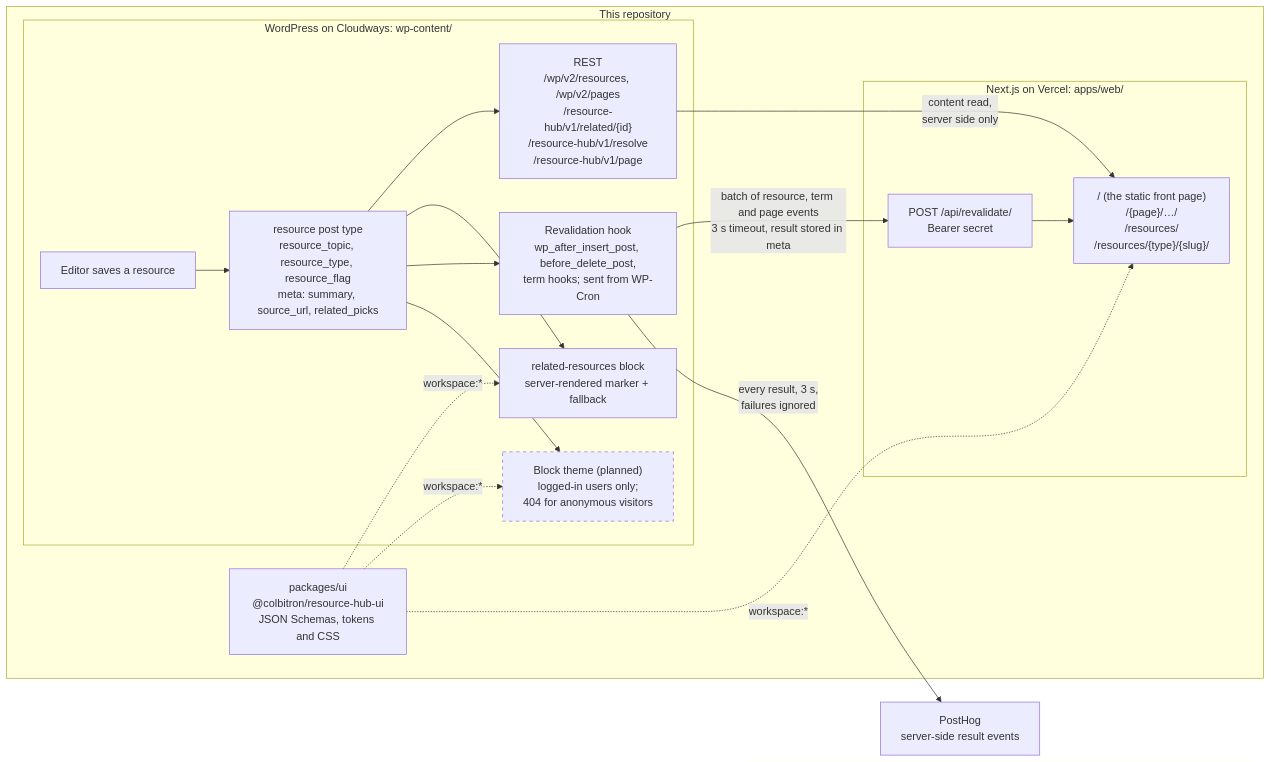
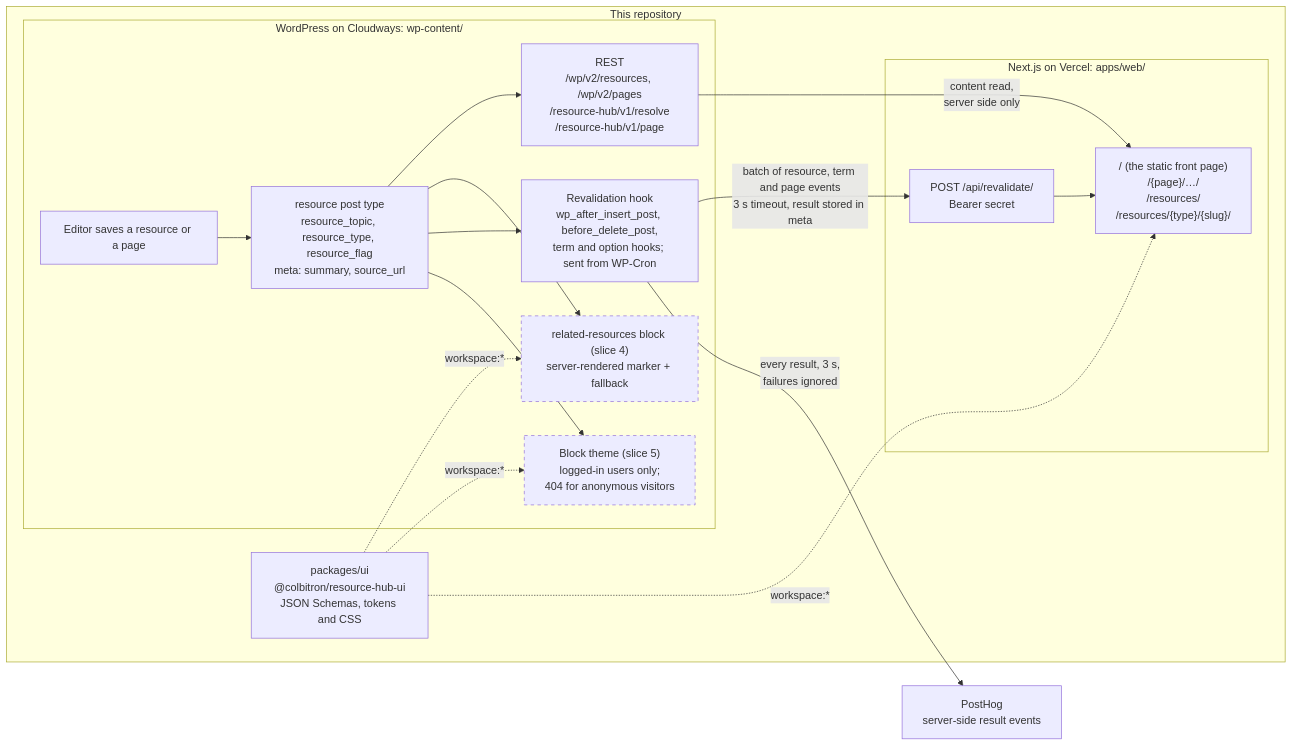
Before and after one commit to Colbitron/resource-hub-wp: the diagram in README.md, drawn with Mermaid. The commit also changed other lines of this file and 2 other files, not shown here.

````diff
--- a/README.md
+++ b/README.md
@@ -45,38 +50,38 @@
 ```mermaid
 flowchart LR
     subgraph repo["This repository"]
         subgraph wp["WordPress on Cloudways: wp-content/"]
-            editor["Editor saves a resource"]
-            cpt["resource post type<br/>resource_topic, resource_type, resource_flag<br/>meta: summary, source_url, related_picks"]
-            rest["REST<br/>/wp/v2/resources, /wp/v2/pages<br/>/resource-hub/v1/related/{id}<br/>/resource-hub/v1/resolve<br/>/resource-hub/v1/page"]
-            block["related-resources block<br/>server-rendered marker + fallback"]
-            hook["Revalidation hook<br/>wp_after_insert_post, before_delete_post,<br/>term hooks; sent from WP-Cron"]
-            theme["Block theme (planned)<br/>logged-in users only;<br/>404 for anonymous visitors"]
+            editor["Editor saves a resource or a page"]
+            cpt["resource post type<br/>resource_topic, resource_type, resource_flag<br/>meta: summary, source_url"]
+            rest["REST<br/>/wp/v2/resources, /wp/v2/pages<br/>/resource-hub/v1/resolve<br/>/resource-hub/v1/page"]
+            block["related-resources block (slice 4)<br/>server-rendered marker + fallback"]
+            hook["Revalidation hook<br/>wp_after_insert_post, before_delete_post,<br/>term and option hooks; sent from WP-Cron"]
+            theme["Block theme (slice 5)<br/>logged-in users only;<br/>404 for anonymous visitors"]
             editor --> cpt
             cpt --> rest
             cpt --> block
             cpt --> hook
             cpt --> theme
         end
 
         ui["packages/ui<br/>@colbitron/resource-hub-ui<br/>JSON Schemas, tokens and CSS"]
 
         subgraph next["Next.js on Vercel: apps/web/"]
             api["POST /api/revalidate/<br/>Bearer secret"]
             pages["/ (the static front page)<br/>/{page}/…/<br/>/resources/<br/>/resources/{type}/{slug}/"]
             api --> pages
         end
     end
 
     posthog["PostHog<br/>server-side result events"]
 
     rest -->|"content read,<br/>server side only"| pages
     hook -->|"batch of resource, term and page events<br/>3 s timeout, result stored in meta"| api
     hook -->|"every result, 3 s,<br/>failures ignored"| posthog
     ui -.->|"workspace:*"| block
     ui -.->|"workspace:*"| theme
     ui -.->|"workspace:*"| pages
 
     classDef planned stroke-dasharray: 5 5
-    class theme planned
+    class theme,block planned
 ```
````
